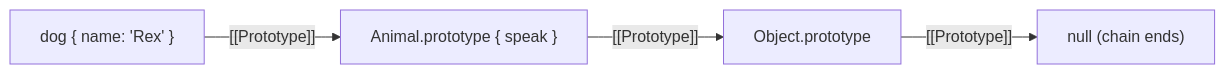
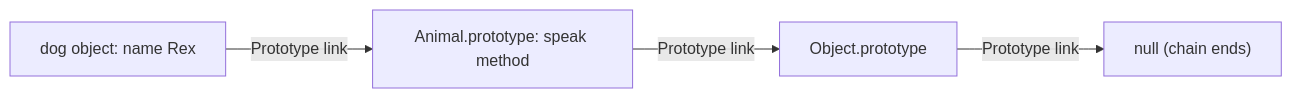
Before and after one commit to DipanPramanik098/Thunder-100-Days-Of-Code: the tenth of 19 diagrams in _01_JavaScript/JavaScript.md, drawn with Mermaid. The commit also changed other lines of this file, not shown here.

````diff
--- a/_01_JavaScript/JavaScript.md
+++ b/_01_JavaScript/JavaScript.md
@@ -463,6 +463,6 @@
 ```mermaid
 flowchart LR
-    D["dog { name: 'Rex' }"] -->|"[[Prototype]]"| A["Animal.prototype { speak }"]
-    A -->|"[[Prototype]]"| O["Object.prototype"]
-    O -->|"[[Prototype]]"| N["null (chain ends)"]
+    D["dog object: name Rex"] -->|"Prototype link"| A["Animal.prototype: speak method"]
+    A -->|"Prototype link"| O["Object.prototype"]
+    O -->|"Prototype link"| N["null (chain ends)"]
 ```
````
